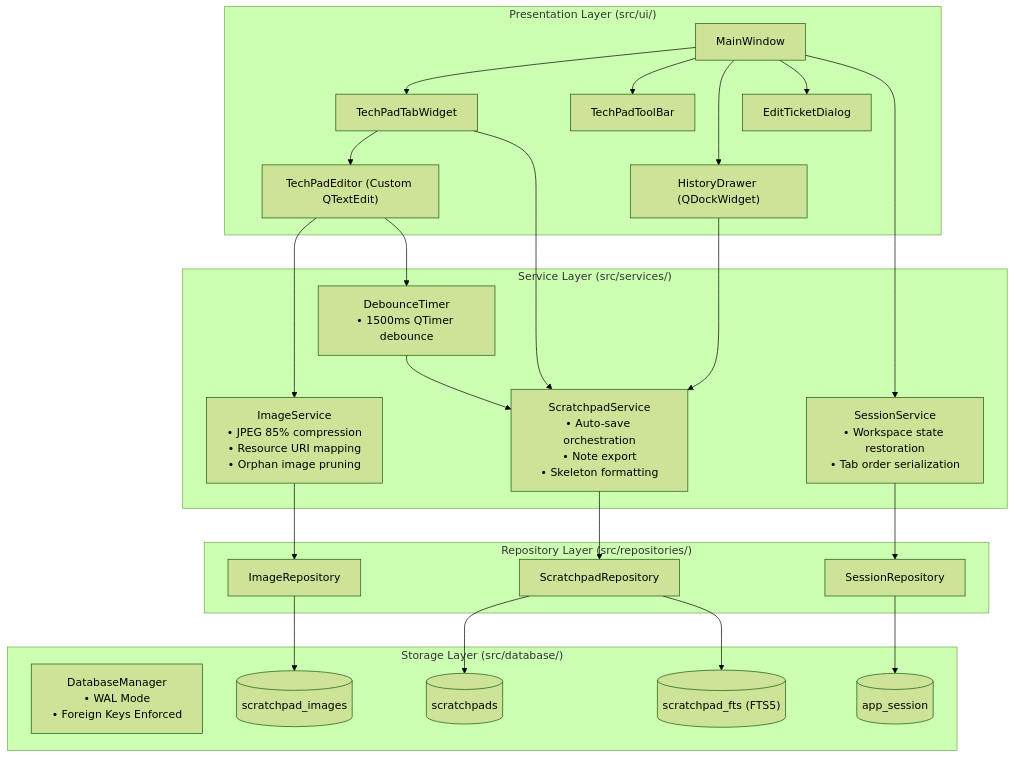
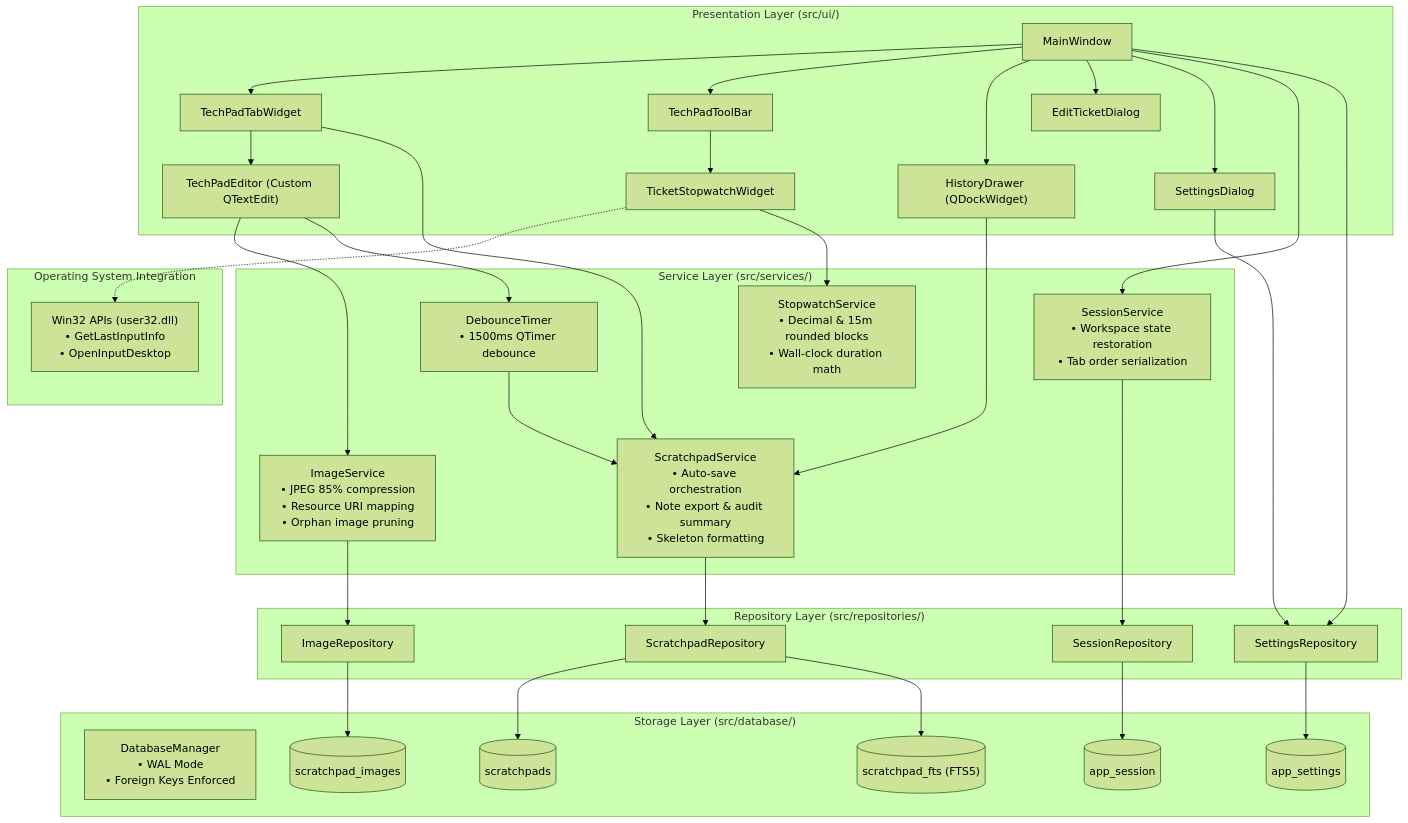
The diagram in docs/architecture/system-overview.md (JDecelles1990/T-Notes), drawn with Mermaid (forest theme) before and after one commit. The commit also changed other lines of this file and 7 other files, not shown here.

````diff
--- a/docs/architecture/system-overview.md
+++ b/docs/architecture/system-overview.md
@@ -7,54 +7,70 @@
 ```mermaid
 flowchart TD
     subgraph Presentation ["Presentation Layer (src/ui/)"]
         MW["MainWindow"]
         TW["TechPadTabWidget"]
         ED["TechPadEditor (Custom QTextEdit)"]
         TB["TechPadToolBar"]
         HD["HistoryDrawer (QDockWidget)"]
         ETD["EditTicketDialog"]
+        SWW["TicketStopwatchWidget"]
+        SD["SettingsDialog"]
+    end
+
+    subgraph NativeOS ["Operating System Integration"]
+        W32["Win32 APIs (user32.dll)<br/>• GetLastInputInfo<br/>• OpenInputDesktop"]
     end
 
     subgraph Services ["Service Layer (src/services/)"]
-        SPS["ScratchpadService<br/>• Auto-save orchestration<br/>• Note export<br/>• Skeleton formatting"]
+        SPS["ScratchpadService<br/>• Auto-save orchestration<br/>• Note export & audit summary<br/>• Skeleton formatting"]
+        SWS["StopwatchService<br/>• Decimal & 15m rounded blocks<br/>• Wall-clock duration math"]
         IMS["ImageService<br/>• JPEG 85% compression<br/>• Resource URI mapping<br/>• Orphan image pruning"]
         SES["SessionService<br/>• Workspace state restoration<br/>• Tab order serialization"]
         DBT["DebounceTimer<br/>• 1500ms QTimer debounce"]
     end
 
     subgraph Repositories ["Repository Layer (src/repositories/)"]
         SPR["ScratchpadRepository"]
         IMR["ImageRepository"]
         SER["SessionRepository"]
+        SETR["SettingsRepository"]
     end
 
     subgraph Database ["Storage Layer (src/database/)"]
         DBM["DatabaseManager<br/>• WAL Mode<br/>• Foreign Keys Enforced"]
         T_PADS[("scratchpads")]
         T_IMGS[("scratchpad_images")]
         T_SESS[("app_session")]
+        T_SETT[("app_settings")]
         T_FTS[("scratchpad_fts (FTS5)")]
     end
 
     MW --> TW
     TW --> ED
     MW --> TB
     MW --> HD
     MW --> ETD
+    TB --> SWW
+    MW --> SD
 
+    SWW -.-> W32
+    SWW --> SWS
     TW --> SPS
     ED --> IMS
     ED --> DBT
     DBT --> SPS
     MW --> SES
+    MW --> SETR
     HD --> SPS
 
     SPS --> SPR
     IMS --> IMR
     SES --> SER
+    SD --> SETR
 
     SPR --> T_PADS
     SPR --> T_FTS
     IMR --> T_IMGS
     SER --> T_SESS
+    SETR --> T_SETT
 ```
````
